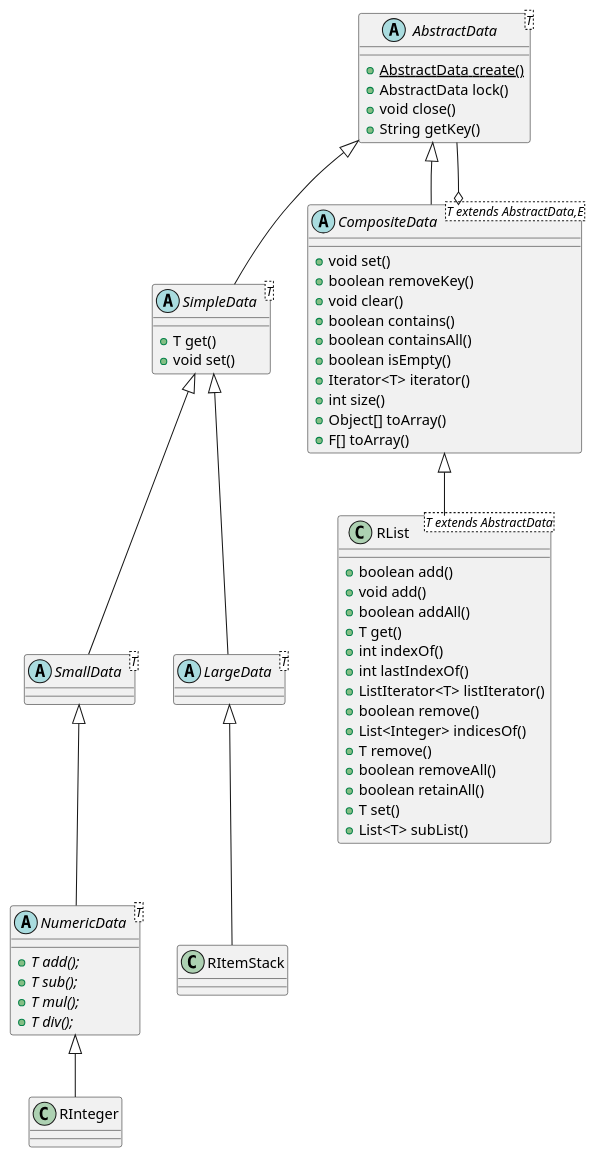
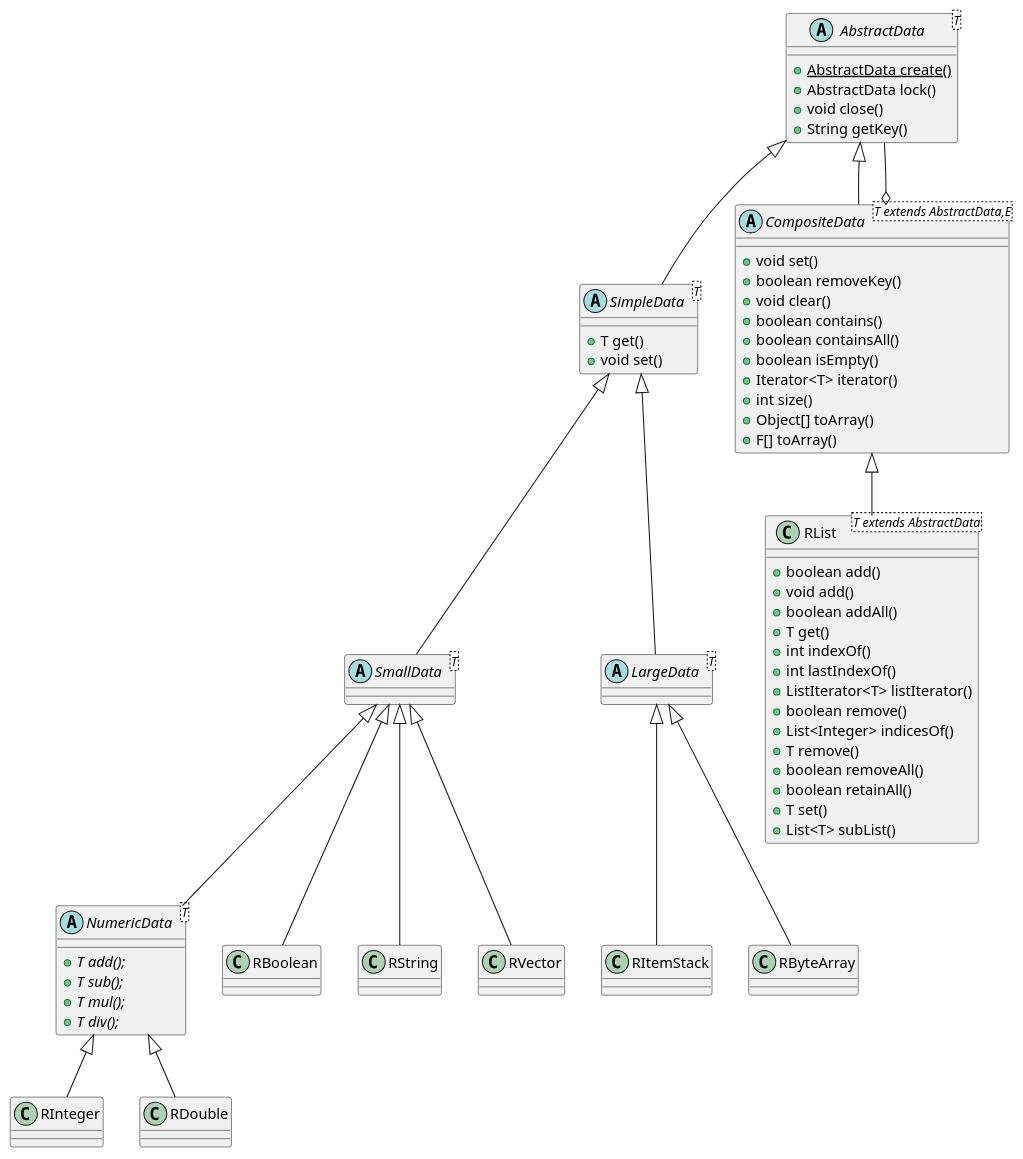
Before and after one commit to chrisb09/firecord: the diagram in DataTypes.puml, drawn with PlantUML. The commit also changed 1 other file, not shown here.

Commit message:
update UML diagram

```diff
--- a/DataTypes.puml
+++ b/DataTypes.puml
@@ -1,76 +1,97 @@
 @startuml DataType
 
 abstract AbstractData
 
 abstract AbstractData <T> {
     + {static} AbstractData create()
     + AbstractData lock()
     + void close()
     + String getKey()
 }
 
 abstract SmallData <T> extends SimpleData {
 
 }
 
 abstract LargeData <T> extends SimpleData {
 
 }
 
 abstract SimpleData<T> extends AbstractData {
     + T get()
     + void set()
 }
 
 abstract NumericData<T> extends SmallData {
     + {abstract} T add();
     + {abstract} T sub();
     + {abstract} T mul();
     + {abstract} T div();
 }
 
+class RBoolean extends SmallData {
+    
+}
+
+class RString extends SmallData {
+    
+}
+
+class RVector extends SmallData {
+    
+}
+
 class RInteger extends NumericData {
 
 }
 
+class RDouble extends NumericData {
+
+}
+
+
 class RItemStack extends LargeData {
+    
+}
+
+class RByteArray extends LargeData {
     
 }
 
 
 abstract CompositeData <T extends AbstractData,E> extends AbstractData {
     + void set()
     + boolean removeKey()
     + void clear()
     + boolean contains()
     + boolean containsAll()
     + boolean isEmpty()
     + Iterator<T> iterator()
     + int size()
     + Object[] toArray()
     + F[] toArray()
 }
 
 class RList <T extends AbstractData> extends CompositeData {
     + boolean add()
     + void add()
     + boolean addAll()
     + T get()
     + int indexOf()
     + int lastIndexOf()
     + ListIterator<T> listIterator()
     + boolean remove()
     + List<Integer> indicesOf()
     + T remove()
     + boolean removeAll()
     + boolean retainAll()
     + T set()
     + List<T> subList()
 
 }
 
 CompositeData o-- AbstractData
 
 
 
 @enduml
```
